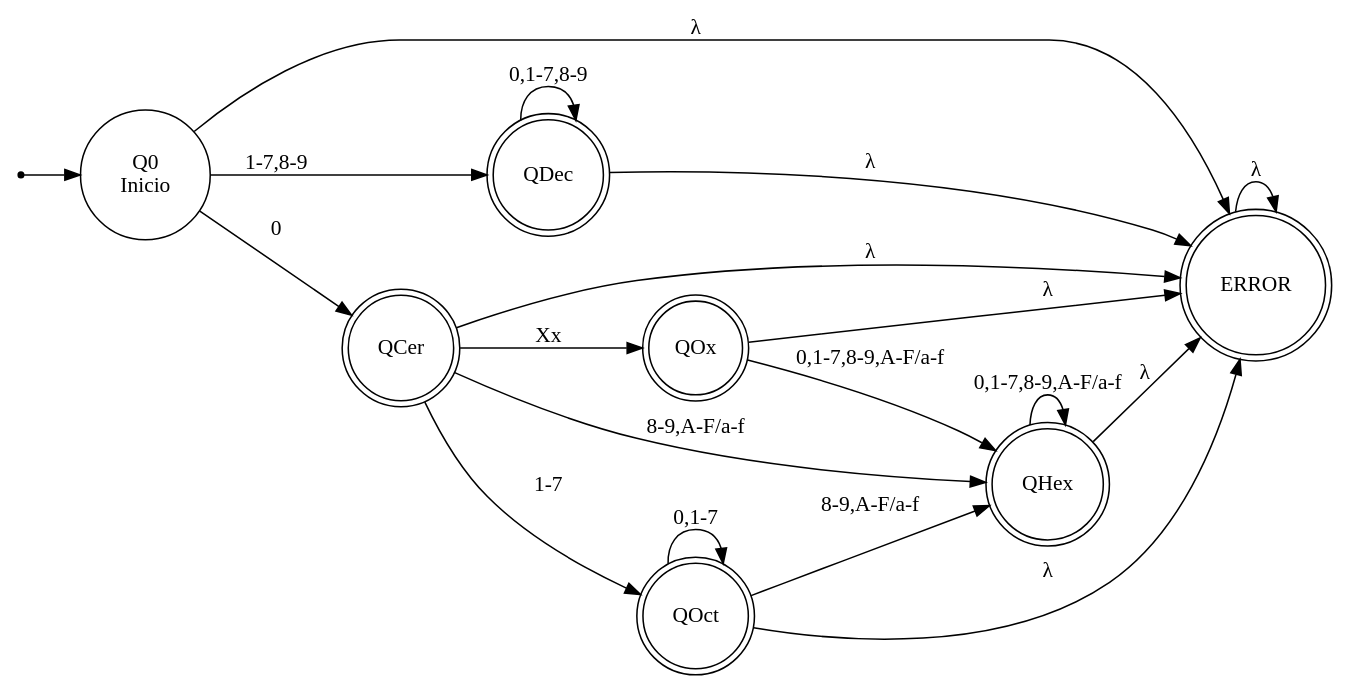
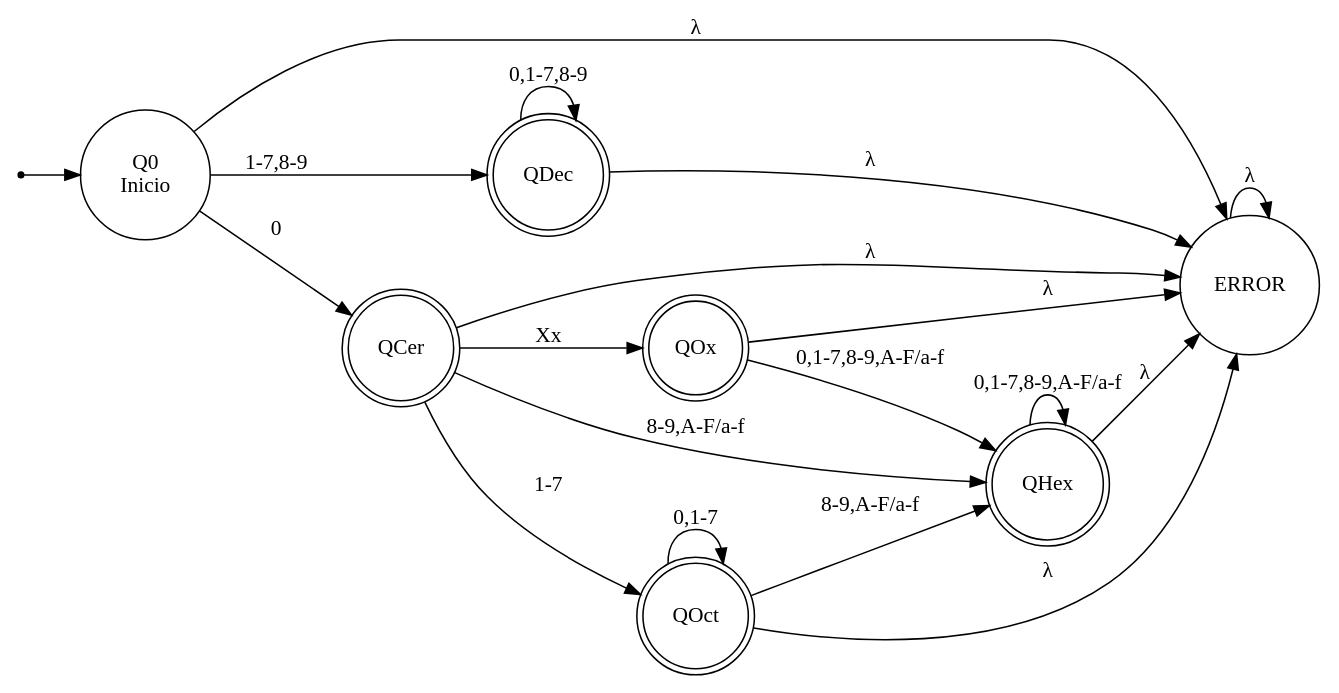
One commit to mmercedesotero/Analizador-Sint-ctico-L-xico-y-Sem-ntico changed the diagram in AFD/automataFinDet.dot. Above: the diagram before and after it, drawn with Graphviz. The commit also changed 2 other files, not shown here.

```diff
--- a/AFD/automataFinDet.dot
+++ b/AFD/automataFinDet.dot
@@ -1,49 +1,49 @@
 digraph AFD { 
   rankdir=LR; 
   size="13";
   node [shape=circle];
   
   Q0     [label="Q0\n Inicio"];
   QDec   [label="QDec", shape=doublecircle];
   QCer   [label="QCer", shape=doublecircle];
   QOx    [label="QOx", shape=doublecircle];
   QOct   [label="QOct", shape=doublecircle];
   QHex   [label="QHex", shape=doublecircle];
-  QERROR  [label="ERROR", shape=doublecircle];
+  QERROR  [label="ERROR"];
 
   //// ACLARACION TODO CAMBIO DE ESTADO QUE TIENE "," INDICA QUE n>1  DE CAMBIOS DE ESTADOS 
   inicio [shape=point];
   inicio -> Q0;
 
   // Q0
   Q0 -> QDec  [label="1-7,8-9"];
   Q0 -> QCer  [label="0"];
   Q0 -> QERROR [label="λ"];
 
   // QDec
   QDec -> QDec  [label="0,1-7,8-9"];
   QDec -> QERROR [label="λ"];
 
   // QCer
   QCer->QOct [label="1-7"];
   QCer->QOx  [label="Xx"];
   QCer->QHex [label="8-9,A-F/a-f"];
   QCer -> QERROR [label="λ"];
 
   // QOx
   QOx->QHex [label="0,1-7,8-9,A-F/a-f"];
   QOx -> QERROR [label="λ"];
 
   // QOct
   QOct-> QOct [label="0,1-7"];
   QOct-> QHex [label="8-9,A-F/a-f"]; 
   QOct -> QERROR [label="λ"];
 
   // QHex
   QHex-> QHex [label="0,1-7,8-9,A-F/a-f"];
   QHex -> QERROR [label="λ"];
 
   // QERROR
   QERROR -> QERROR [label="λ"];
 
 } 
```
